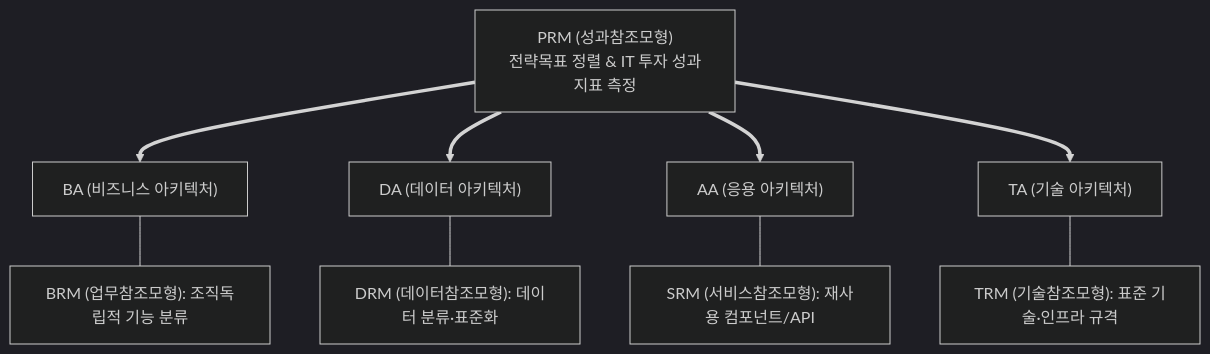
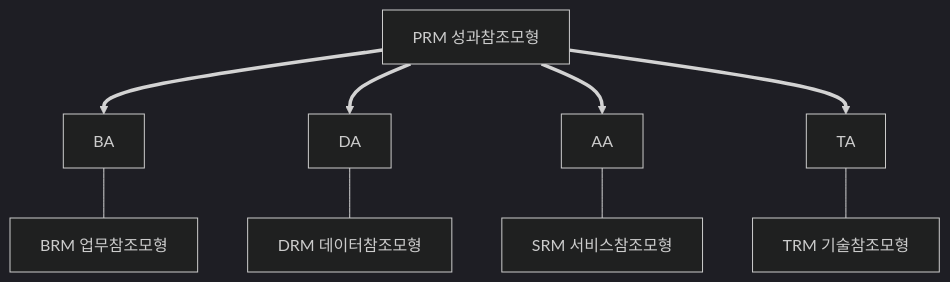
The third of 3 diagrams in src/content/docs/notes/itpe/01-it-strategy/107_ea_ita.md (agnusdei1207/study), drawn with Mermaid (dark theme) before and after one commit. The commit also changed other lines of this file and 18 other files, not shown here.

````diff
--- a/src/content/docs/notes/itpe/01-it-strategy/107_ea_ita.md
+++ b/src/content/docs/notes/itpe/01-it-strategy/107_ea_ita.md
@@ -140,10 +126,10 @@
 ```mermaid
 flowchart TD
-    PRM["PRM (성과참조모형)<br/>전략목표 정렬 & IT 투자 성과지표 측정"]
-    BA["BA (비즈니스 아키텍처)"] --- BRM["BRM (업무참조모형): 조직독립적 기능 분류"]
-    DA["DA (데이터 아키텍처)"] --- DRM["DRM (데이터참조모형): 데이터 분류·표준화"]
-    AA["AA (응용 아키텍처)"] --- SRM["SRM (서비스참조모형): 재사용 컴포넌트/API"]
-    TA["TA (기술 아키텍처)"] --- TRM["TRM (기술참조모형): 표준 기술·인프라 규격"]
+    PRM["PRM 성과참조모형"]
+    BA["BA"] --- BRM["BRM 업무참조모형"]
+    DA["DA"] --- DRM["DRM 데이터참조모형"]
+    AA["AA"] --- SRM["SRM 서비스참조모형"]
+    TA["TA"] --- TRM["TRM 기술참조모형"]
 
     PRM ==> BA & DA & AA & TA
 ```
````
